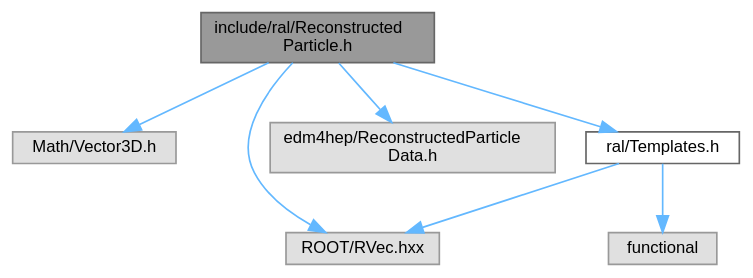
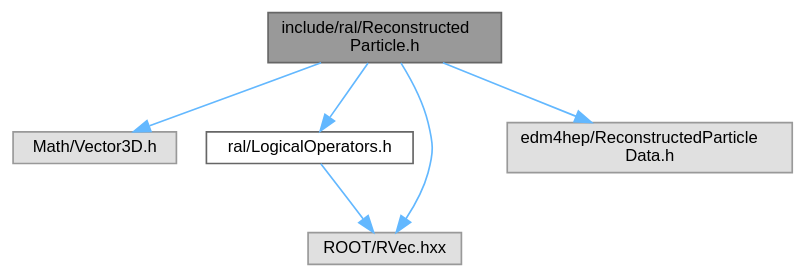
The diagram in docs/ReconstructedParticle_8h__incl.dot (Juanki0396/ral), drawn with Graphviz before and after one commit. The commit also changed 61 other files, not shown here.

```diff
--- a/docs/ReconstructedParticle_8h__incl.dot
+++ b/docs/ReconstructedParticle_8h__incl.dot
@@ -1,19 +1,17 @@
 digraph "include/ral/ReconstructedParticle.h"
 {
  // LATEX_PDF_SIZE
   bgcolor="transparent";
   edge [fontname=Helvetica,fontsize=10,labelfontname=Helvetica,labelfontsize=10];
   node [fontname=Helvetica,fontsize=10,shape=box,height=0.2,width=0.4];
   Node1 [id="Node000001",label="include/ral/Reconstructed\lParticle.h",height=0.2,width=0.4,color="gray40", fillcolor="grey60", style="filled", fontcolor="black",tooltip=" "];
   Node1 -> Node2 [id="edge1_Node000001_Node000002",color="steelblue1",style="solid",tooltip=" "];
   Node2 [id="Node000002",label="Math/Vector3D.h",height=0.2,width=0.4,color="grey60", fillcolor="#E0E0E0", style="filled",tooltip=" "];
   Node1 -> Node3 [id="edge2_Node000001_Node000003",color="steelblue1",style="solid",tooltip=" "];
-  Node3 [id="Node000003",label="ROOT/RVec.hxx",height=0.2,width=0.4,color="grey60", fillcolor="#E0E0E0", style="filled",tooltip=" "];
-  Node1 -> Node4 [id="edge3_Node000001_Node000004",color="steelblue1",style="solid",tooltip=" "];
-  Node4 [id="Node000004",label="edm4hep/ReconstructedParticle\lData.h",height=0.2,width=0.4,color="grey60", fillcolor="#E0E0E0", style="filled",tooltip=" "];
-  Node1 -> Node5 [id="edge4_Node000001_Node000005",color="steelblue1",style="solid",tooltip=" "];
-  Node5 [id="Node000005",label="ral/Templates.h",height=0.2,width=0.4,color="grey40", fillcolor="white", style="filled",URL="$Templates_8h.html",tooltip=" "];
-  Node5 -> Node6 [id="edge5_Node000005_Node000006",color="steelblue1",style="solid",tooltip=" "];
-  Node6 [id="Node000006",label="functional",height=0.2,width=0.4,color="grey60", fillcolor="#E0E0E0", style="filled",tooltip=" "];
-  Node5 -> Node3 [id="edge6_Node000005_Node000003",color="steelblue1",style="solid",tooltip=" "];
+  Node3 [id="Node000003",label="ral/LogicalOperators.h",height=0.2,width=0.4,color="grey40", fillcolor="white", style="filled",URL="$LogicalOperators_8h.html",tooltip=" "];
+  Node3 -> Node4 [id="edge3_Node000003_Node000004",color="steelblue1",style="solid",tooltip=" "];
+  Node4 [id="Node000004",label="ROOT/RVec.hxx",height=0.2,width=0.4,color="grey60", fillcolor="#E0E0E0", style="filled",tooltip=" "];
+  Node1 -> Node4 [id="edge4_Node000001_Node000004",color="steelblue1",style="solid",tooltip=" "];
+  Node1 -> Node5 [id="edge5_Node000001_Node000005",color="steelblue1",style="solid",tooltip=" "];
+  Node5 [id="Node000005",label="edm4hep/ReconstructedParticle\lData.h",height=0.2,width=0.4,color="grey60", fillcolor="#E0E0E0", style="filled",tooltip=" "];
 }
```
